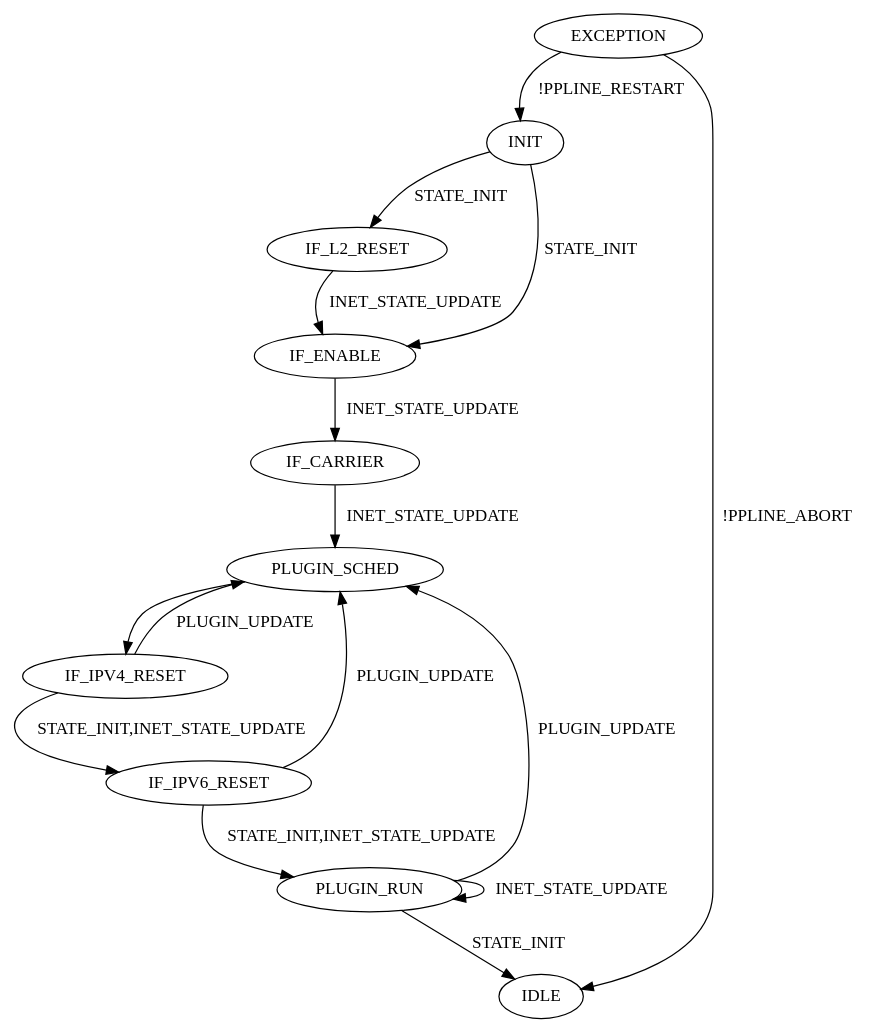
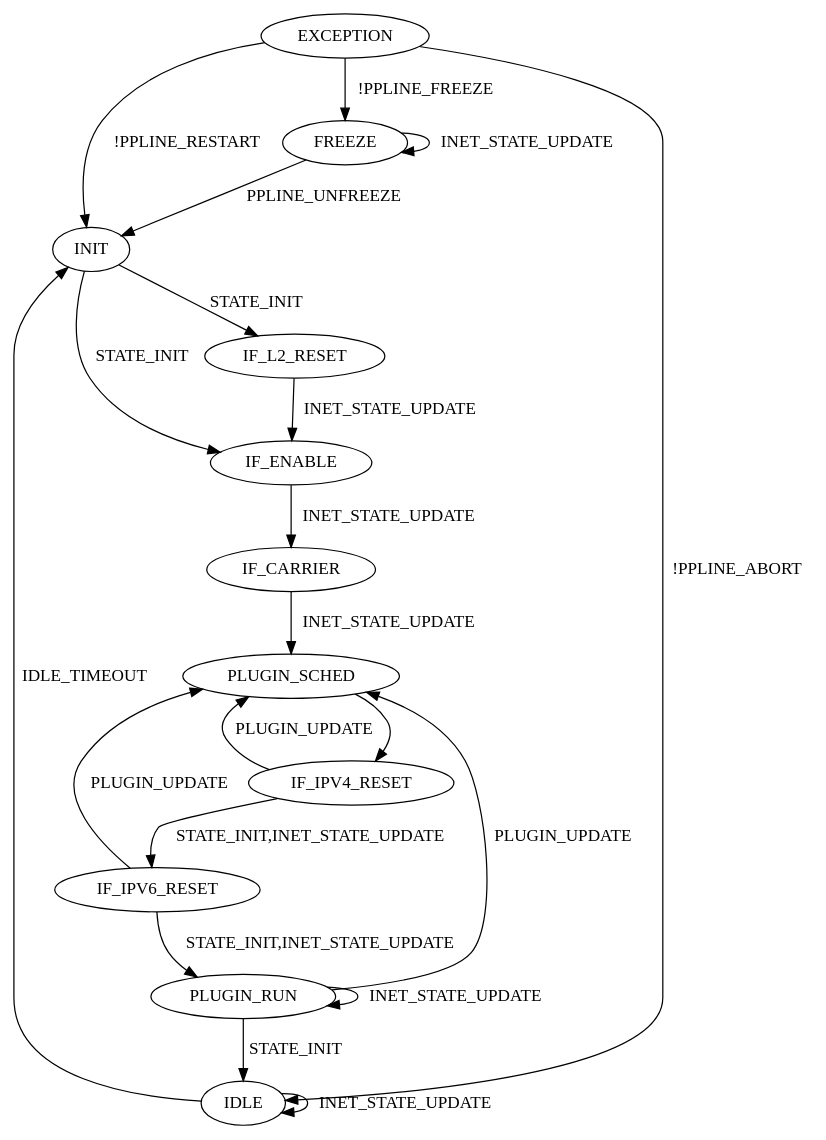
One commit to plume-design/opensync changed the diagram in src/wano/src/wano_ppline.dot. Above: the diagram before and after it, drawn with Graphviz. The commit also changed 33 other files, not shown here.

```diff
--- a/src/wano/src/wano_ppline.dot
+++ b/src/wano/src/wano_ppline.dot
@@ -1,20 +1,26 @@
 digraph {
     INIT[init="true"];
 
     INIT -> IF_L2_RESET[label="STATE_INIT"];
     INIT -> IF_ENABLE[label="STATE_INIT"];
     IF_L2_RESET -> IF_ENABLE [label="INET_STATE_UPDATE"];
     IF_ENABLE -> IF_CARRIER[label="INET_STATE_UPDATE"];
     IF_CARRIER -> PLUGIN_SCHED [label="INET_STATE_UPDATE"];
     PLUGIN_SCHED -> IF_IPV4_RESET;
     IF_IPV4_RESET -> PLUGIN_SCHED [label="PLUGIN_UPDATE"];
     IF_IPV4_RESET -> IF_IPV6_RESET [label="STATE_INIT,INET_STATE_UPDATE"];
     IF_IPV6_RESET -> PLUGIN_SCHED [label="PLUGIN_UPDATE"];
     IF_IPV6_RESET -> PLUGIN_RUN [label="STATE_INIT,INET_STATE_UPDATE"];
     PLUGIN_RUN -> PLUGIN_SCHED [label="PLUGIN_UPDATE"];
     PLUGIN_RUN -> PLUGIN_RUN [label="INET_STATE_UPDATE"];
     PLUGIN_RUN -> IDLE [label="STATE_INIT"];
+    IDLE -> IDLE[label="INET_STATE_UPDATE"];
+    IDLE -> INIT[label="IDLE_TIMEOUT"];
+
+    FREEZE -> FREEZE[label="INET_STATE_UPDATE"];
+    FREEZE -> INIT[label="PPLINE_UNFREEZE"];
 
     EXCEPTION-> INIT [label="!PPLINE_RESTART"];
     EXCEPTION -> IDLE [label="!PPLINE_ABORT"];
+    EXCEPTION -> FREEZE [label="!PPLINE_FREEZE"];
 }
```
